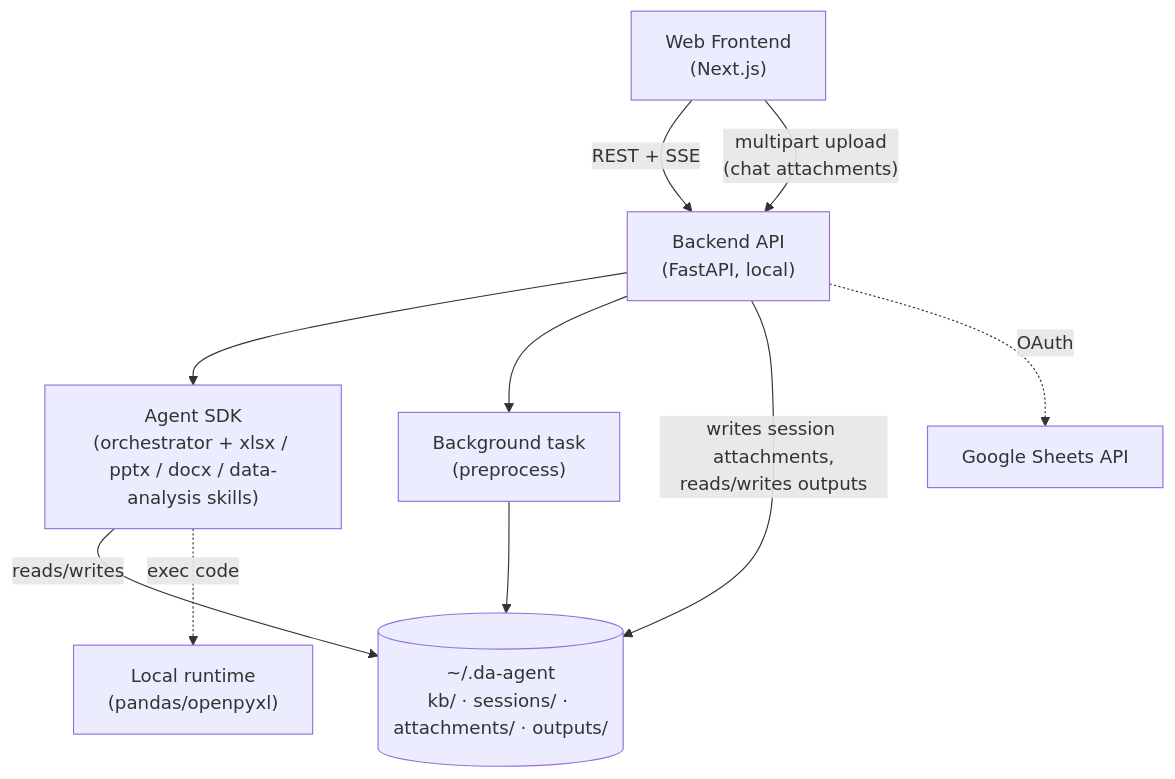
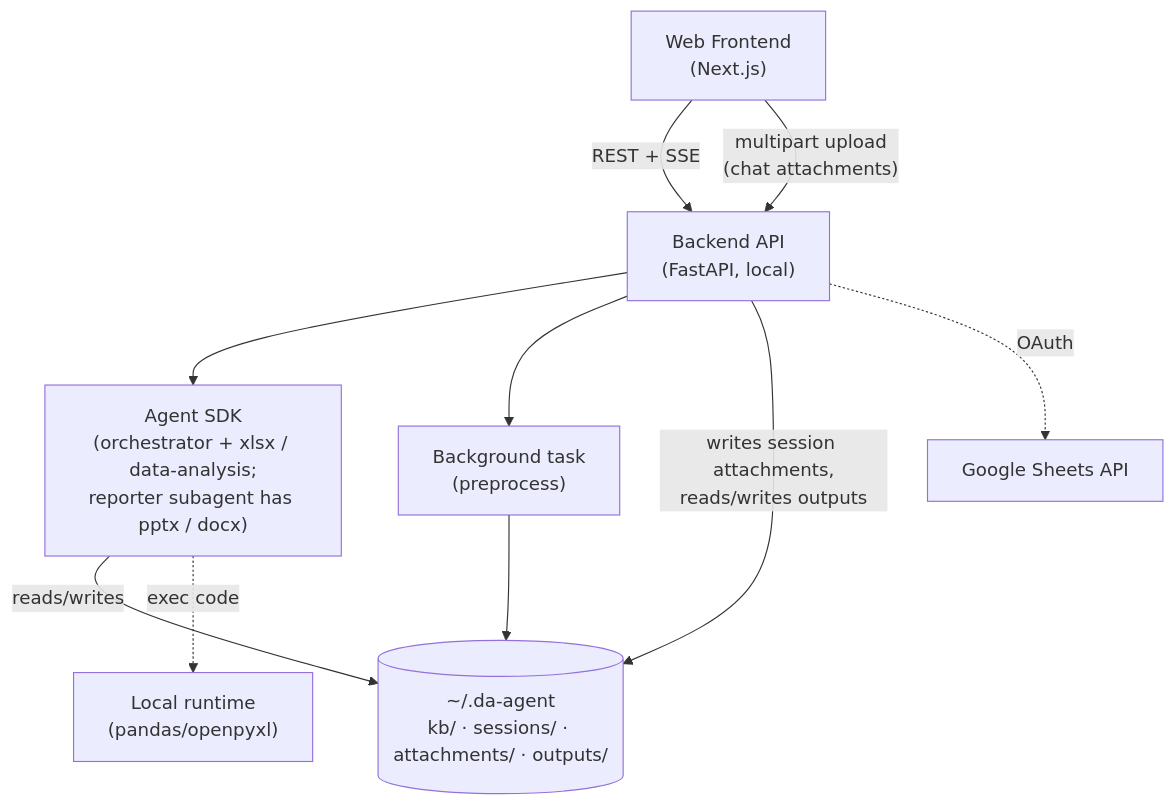
The first of 11 diagrams in docs/technical-spec.md (PhuongBui712/da-agent-be), drawn with Mermaid before and after one commit. The commit also changed other lines of this file and 2 other files, not shown here.

````diff
--- a/docs/technical-spec.md
+++ b/docs/technical-spec.md
@@ -31,15 +68,15 @@
 ```mermaid
 flowchart TB
   FE["Web Frontend<br/>(Next.js)"] -->|REST + SSE| API["Backend API<br/>(FastAPI, local)"]
   FE -->|"multipart upload<br/>(chat attachments)"| API
 
-  API --> ORCH["Agent SDK<br/>(orchestrator + xlsx / pptx / docx / data-analysis skills)"]
+  API --> ORCH["Agent SDK<br/>(orchestrator + xlsx / data-analysis;<br/>reporter subagent has pptx / docx)"]
   API --> BG["Background task<br/>(preprocess)"]
 
   ORCH -->|reads/writes| FS[("~/.da-agent<br/>kb/ · sessions/ · attachments/ · outputs/")]
   API -->|"writes session attachments,<br/>reads/writes outputs"| FS
   BG --> FS
   ORCH -.exec code.-> EXEC["Local runtime<br/>(pandas/openpyxl)"]
 
   API -.OAuth.-> GS["Google Sheets API"]
 ```
````
